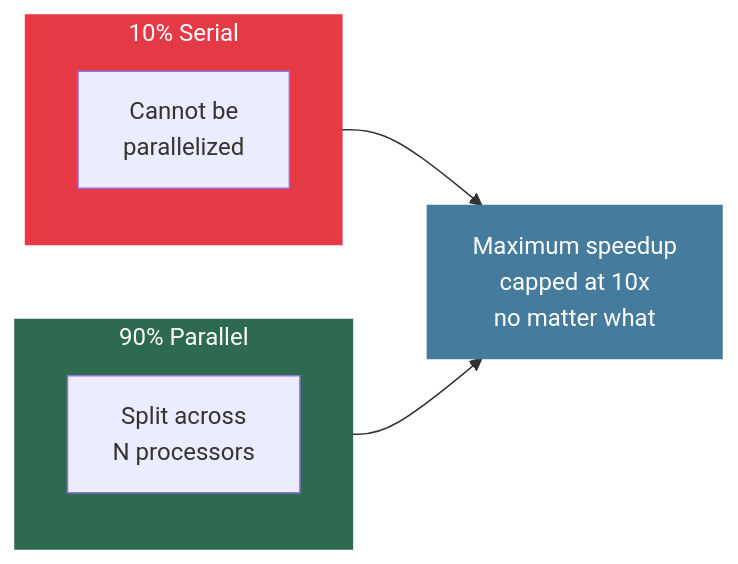
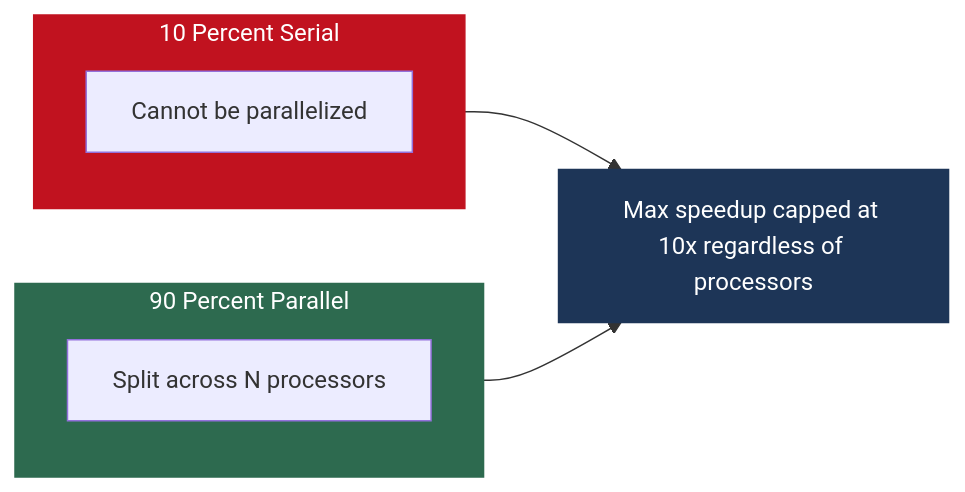
The ninth of 14 diagrams in Week1/Lecture2_Hardware_Moores_Amdahls.md (MuhammadTahaNasir/Big-Data-Analytics-Notes), drawn with Mermaid before and after one commit. The commit also changed other lines of this file, not shown here.

````diff
--- a/Week1/Lecture2_Hardware_Moores_Amdahls.md
+++ b/Week1/Lecture2_Hardware_Moores_Amdahls.md
@@ -269,17 +265,16 @@
 ```mermaid
 flowchart LR
-    subgraph SERIAL["10% Serial"]
-        S1["Cannot be\nparallelized"]
+    subgraph SER[10 Percent Serial]
+        S1[Cannot be parallelized]
+    end
+    subgraph PAR[90 Percent Parallel]
+        P1[Split across N processors]
     end
 
-    subgraph PARALLEL["90% Parallel"]
-        P1["Split across\nN processors"]
-    end
+    SER --> CAP[Max speedup capped at 10x regardless of processors]
+    PAR --> CAP
 
-    SERIAL --> LIMIT["Maximum speedup\ncapped at 10x\nno matter what"]
-    PARALLEL --> LIMIT
-
-    style SERIAL fill:#e63946,color:#fff,stroke:#e63946
-    style PARALLEL fill:#2d6a4f,color:#fff,stroke:#2d6a4f
-    style LIMIT fill:#457b9d,color:#fff,stroke:#457b9d
+    style SER fill:#c1121f,color:#fff,stroke:#c1121f
+    style PAR fill:#2d6a4f,color:#fff,stroke:#2d6a4f
+    style CAP fill:#1d3557,color:#fff,stroke:#1d3557
 ```
````
